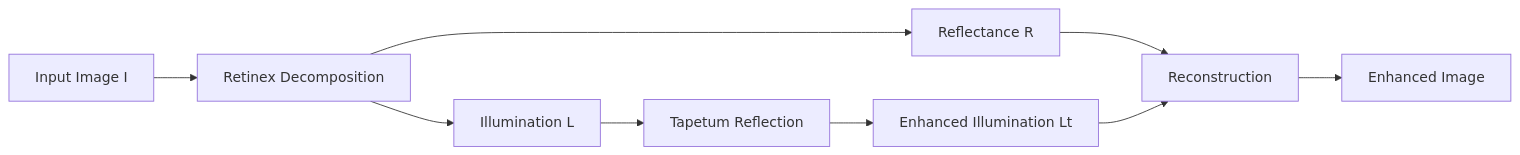
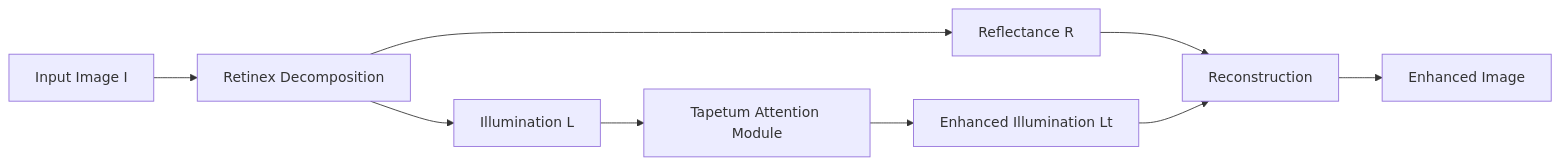
The second of 6 diagrams in README.md (muratdelen/TAPETUM), drawn with Mermaid before and after one commit. The commit also changed other lines of this file, not shown here.

````diff
--- a/README.md
+++ b/README.md
@@ -58,16 +58,16 @@
 ```mermaid
 flowchart LR
 
 A[Input Image I] --> B[Retinex Decomposition]
 
 B --> C[Reflectance R]
 B --> D[Illumination L]
 
-D --> E[Tapetum Reflection]
+D --> E[Tapetum Attention Module]
 E --> F[Enhanced Illumination Lt]
 
 C --> G[Reconstruction]
 F --> G
 
 G --> H[Enhanced Image]
 ```
````
